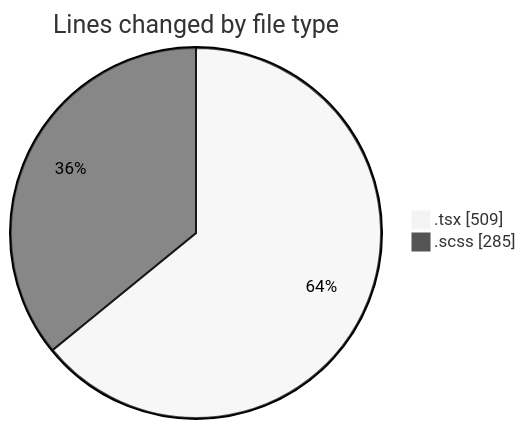
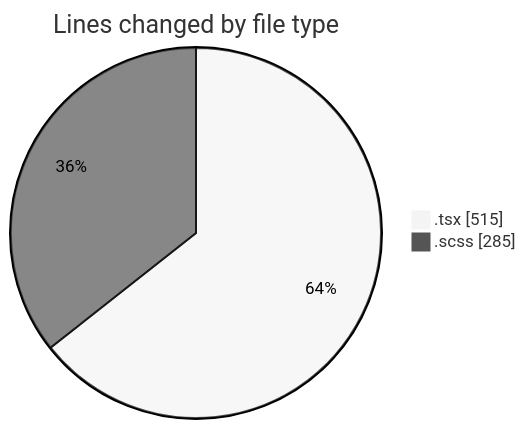
One commit to momahboobian/code-tracking changed the first of 2 diagrams in 2026-02-25/cda/README.md. Above: the diagram before and after it, drawn with Mermaid (neutral theme). The commit also changed other lines of this file and 1 other file, not shown here.

````diff
--- a/2026-02-25/cda/README.md
+++ b/2026-02-25/cda/README.md
@@ -21,6 +21,6 @@
 ```mermaid
 pie showData
 title Lines changed by file type
-".tsx" : 509
+".tsx" : 515
 ".scss" : 285
 ```
````
